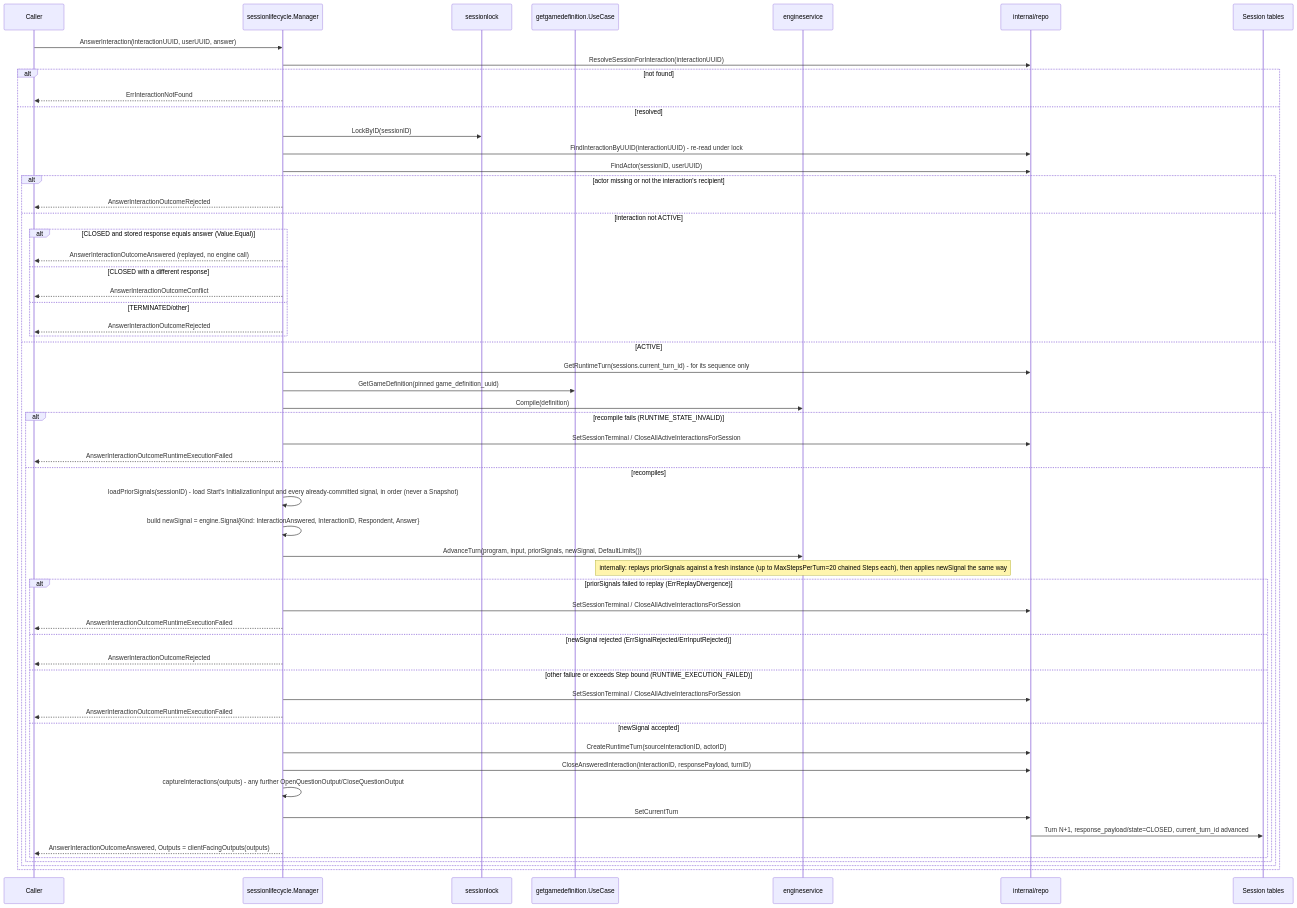
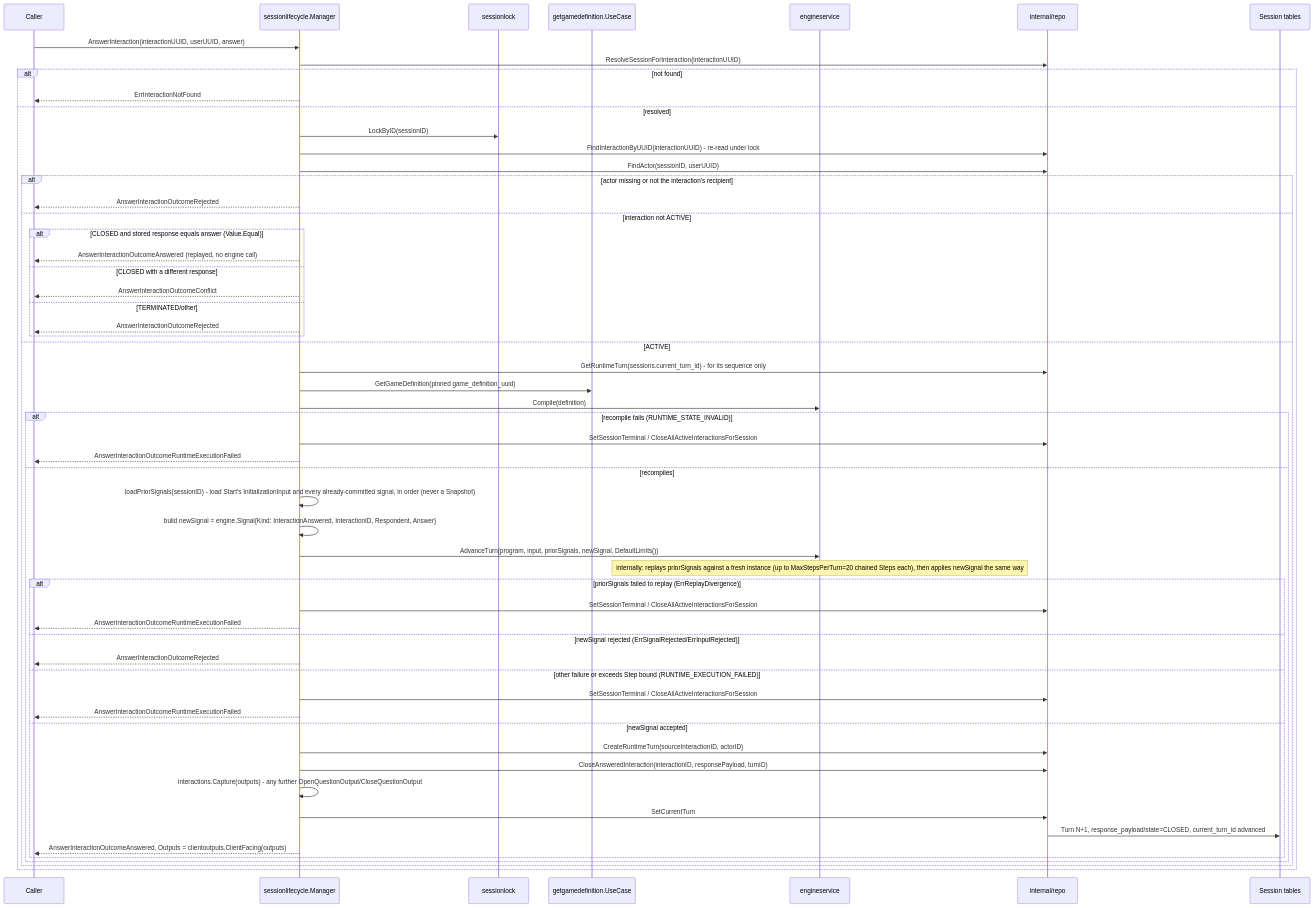
One commit to diegobermudez03/playhoot changed the fourth of 4 diagrams in game/docs/FLOWS.md. Above: the diagram before and after it, drawn with Mermaid. The commit also changed other lines of this file and 15 other files, not shown here.

````diff
--- a/game/docs/FLOWS.md
+++ b/game/docs/FLOWS.md
@@ -153,60 +154,60 @@
 ```mermaid
 sequenceDiagram
     participant Caller
     participant Mgr as sessionlifecycle.Manager
     participant Lock as sessionlock
     participant GetDef as getgamedefinition.UseCase
     participant Engine as engineservice
     participant Repo as internal/repo
     participant DB as Session tables
 
     Caller->>Mgr: AnswerInteraction(interactionUUID, userUUID, answer)
     Mgr->>Repo: ResolveSessionForInteraction(interactionUUID)
     alt not found
         Mgr-->>Caller: ErrInteractionNotFound
     else resolved
         Mgr->>Lock: LockByID(sessionID)
         Mgr->>Repo: FindInteractionByUUID(interactionUUID) - re-read under lock
         Mgr->>Repo: FindActor(sessionID, userUUID)
         alt actor missing or not the interaction's recipient
             Mgr-->>Caller: AnswerInteractionOutcomeRejected
         else interaction not ACTIVE
             alt CLOSED and stored response equals answer (Value.Equal)
                 Mgr-->>Caller: AnswerInteractionOutcomeAnswered (replayed, no engine call)
             else CLOSED with a different response
                 Mgr-->>Caller: AnswerInteractionOutcomeConflict
             else TERMINATED/other
                 Mgr-->>Caller: AnswerInteractionOutcomeRejected
             end
         else ACTIVE
             Mgr->>Repo: GetRuntimeTurn(sessions.current_turn_id) - for its sequence only
             Mgr->>GetDef: GetGameDefinition(pinned game_definition_uuid)
             Mgr->>Engine: Compile(definition)
             alt recompile fails (RUNTIME_STATE_INVALID)
                 Mgr->>Repo: SetSessionTerminal / CloseAllActiveInteractionsForSession
                 Mgr-->>Caller: AnswerInteractionOutcomeRuntimeExecutionFailed
             else recompiles
                 Mgr->>Mgr: loadPriorSignals(sessionID) - load Start's InitializationInput and every already-committed signal, in order (never a Snapshot)
                 Mgr->>Mgr: build newSignal = engine.Signal{Kind: InteractionAnswered, InteractionID, Respondent, Answer}
                 Mgr->>Engine: AdvanceTurn(program, input, priorSignals, newSignal, DefaultLimits())
                 note over Engine: internally: replays priorSignals against a fresh instance (up to MaxStepsPerTurn=20 chained Steps each), then applies newSignal the same way
                 alt priorSignals failed to replay (ErrReplayDivergence)
                     Mgr->>Repo: SetSessionTerminal / CloseAllActiveInteractionsForSession
                     Mgr-->>Caller: AnswerInteractionOutcomeRuntimeExecutionFailed
                 else newSignal rejected (ErrSignalRejected/ErrInputRejected)
                     Mgr-->>Caller: AnswerInteractionOutcomeRejected
                 else other failure or exceeds Step bound (RUNTIME_EXECUTION_FAILED)
                     Mgr->>Repo: SetSessionTerminal / CloseAllActiveInteractionsForSession
                     Mgr-->>Caller: AnswerInteractionOutcomeRuntimeExecutionFailed
                 else newSignal accepted
                     Mgr->>Repo: CreateRuntimeTurn(sourceInteractionID, actorID)
                     Mgr->>Repo: CloseAnsweredInteraction(interactionID, responsePayload, turnID)
-                    Mgr->>Mgr: captureInteractions(outputs) - any further OpenQuestionOutput/CloseQuestionOutput
+                    Mgr->>Mgr: interactions.Capture(outputs) - any further OpenQuestionOutput/CloseQuestionOutput
                     Mgr->>Repo: SetCurrentTurn
                     Repo->>DB: Turn N+1, response_payload/state=CLOSED, current_turn_id advanced
-                    Mgr-->>Caller: AnswerInteractionOutcomeAnswered, Outputs = clientFacingOutputs(outputs)
+                    Mgr-->>Caller: AnswerInteractionOutcomeAnswered, Outputs = clientoutputs.ClientFacing(outputs)
                 end
             end
         end
     end
 ```
````
